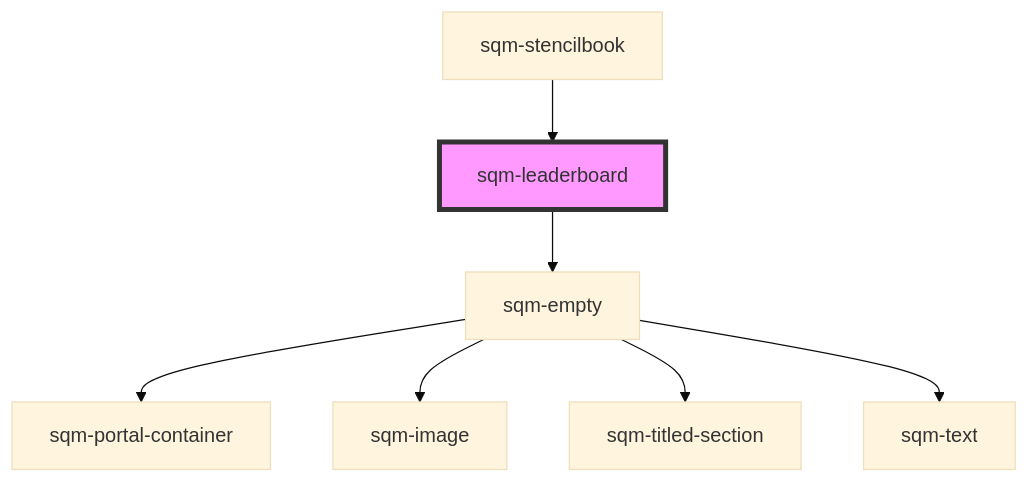
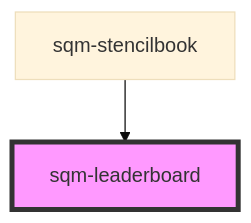
Before and after one commit to saasquatch/program-tools: the diagram in packages/mint-components/src/components/sqm-leaderboard/readme.md, drawn with Mermaid (base theme). The commit also changed other lines of this file and 8 other files, not shown here.

````diff
--- a/packages/mint-components/src/components/sqm-leaderboard/readme.md
+++ b/packages/mint-components/src/components/sqm-leaderboard/readme.md
@@ -35,10 +31,5 @@
 ```mermaid
 graph TD;
-  sqm-leaderboard --> sqm-empty
-  sqm-empty --> sqm-portal-container
-  sqm-empty --> sqm-image
-  sqm-empty --> sqm-titled-section
-  sqm-empty --> sqm-text
   sqm-stencilbook --> sqm-leaderboard
   style sqm-leaderboard fill:#f9f,stroke:#333,stroke-width:4px
 ```
````
